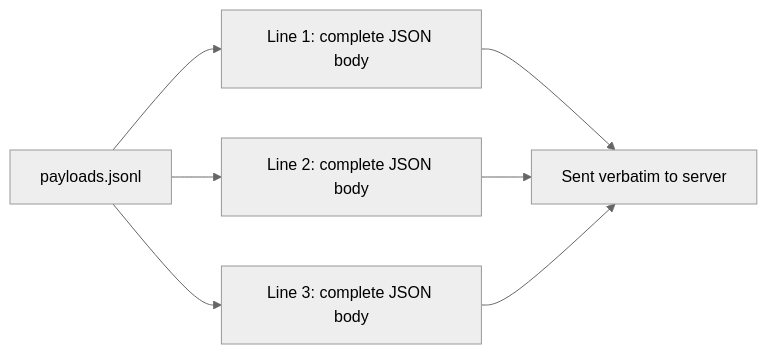
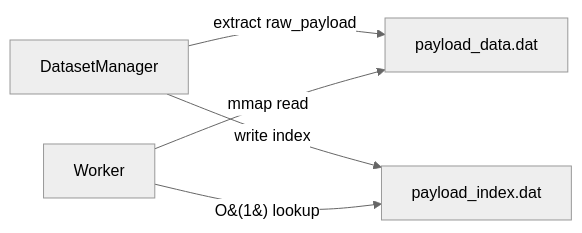
One commit to esoba/aiperf changed the diagram in docs/tutorials/raw-payload-replay.md. Above: the diagram before and after it, drawn with Mermaid (neutral theme). The commit also changed other lines of this file and 11 other files, not shown here.

````diff
--- a/docs/tutorials/raw-payload-replay.md
+++ b/docs/tutorials/raw-payload-replay.md
@@ -58,9 +175,7 @@
 ```mermaid
 graph LR
-    A[payloads.jsonl] --> B[Line 1: complete JSON body]
-    A --> C[Line 2: complete JSON body]
-    A --> D[Line 3: complete JSON body]
-    B --> E[Sent verbatim to server]
-    C --> E
-    D --> E
+    A[DatasetManager] -->|extract raw_payload| B[payload_data.dat]
+    A -->|write index| C[payload_index.dat]
+    D[Worker] -->|mmap read| B
+    D -->|O&#40;1&#41; lookup| C
 ```
````
